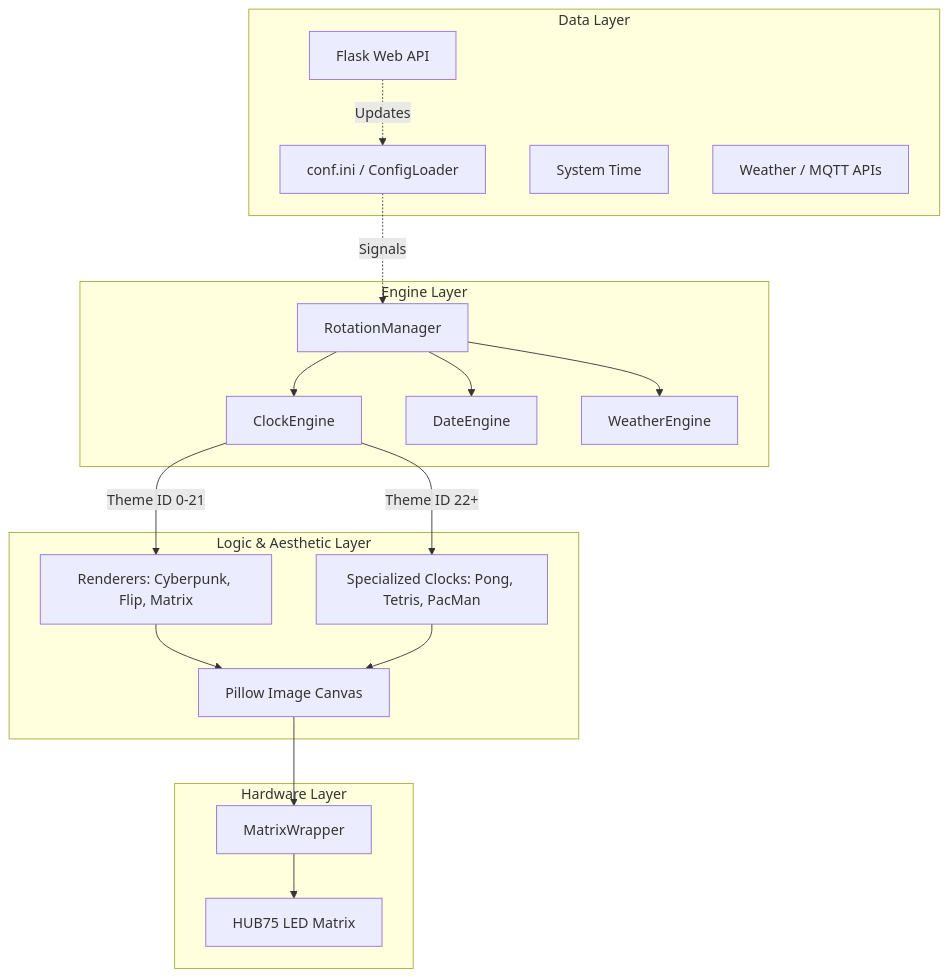
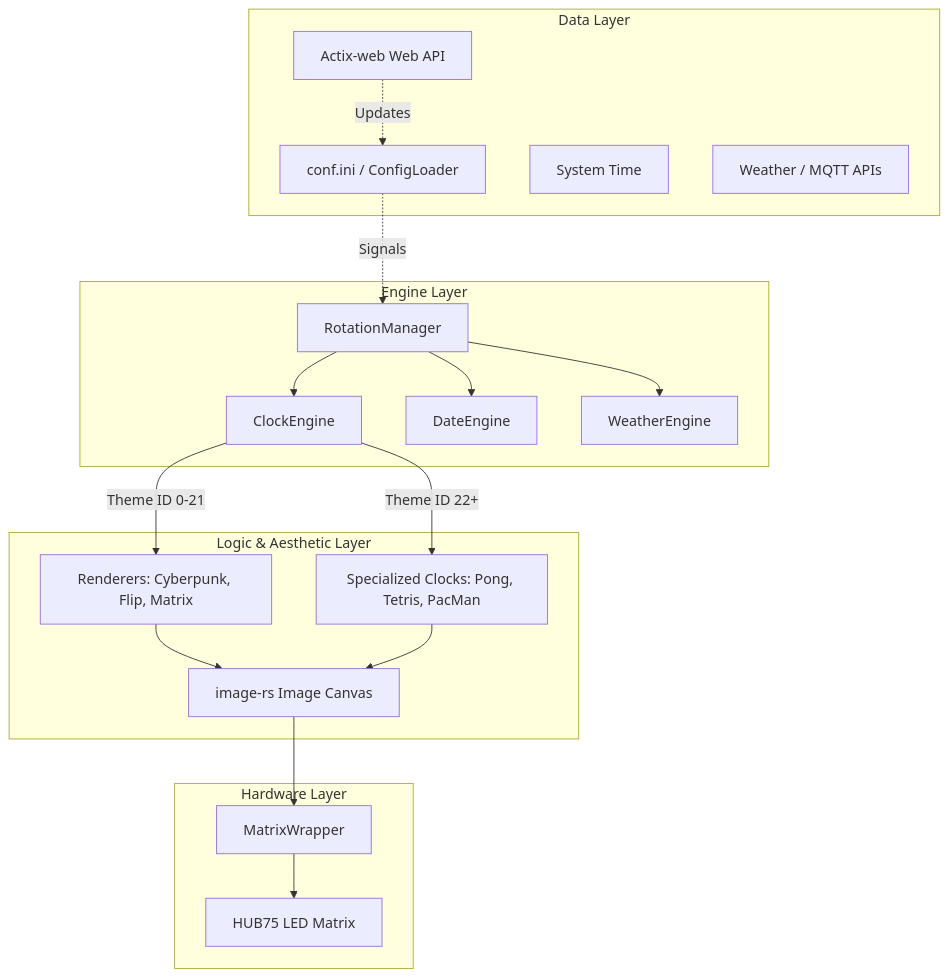
Before and after one commit to himura95/ArcadeMatrix_RPI: the first of 2 diagrams in docs/ARCHITECTURE.md, drawn with Mermaid. The commit also changed other lines of this file and 12 other files, not shown here.

First line of the commit message:
docs: Completely rewrite documentation for Rust architecture and legacy Pi support

````diff
--- a/docs/ARCHITECTURE.md
+++ b/docs/ARCHITECTURE.md
@@ -24,32 +24,32 @@
 ```mermaid
 graph TD
     subgraph Data Layer
-        API[Flask Web API]
+        API[Actix-web Web API]
         Config[conf.ini / ConfigLoader]
         Time[System Time]
         Network[Weather / MQTT APIs]
     end
 
     subgraph Engine Layer
         Rot[RotationManager]
         ClockE[ClockEngine]
         DateE[DateEngine]
         WeathE[WeatherEngine]
         Rot --> ClockE & DateE & WeathE
     end
 
     subgraph Logic & Aesthetic Layer
         ClockE -->|Theme ID 0-21| Renderers[Renderers: Cyberpunk, Flip, Matrix]
         ClockE -->|Theme ID 22+| SpClocks[Specialized Clocks: Pong, Tetris, PacMan]
-        Renderers --> Pil[Pillow Image Canvas]
+        Renderers --> Pil[image-rs Image Canvas]
         SpClocks --> Pil
     end
 
     subgraph Hardware Layer
         Pil --> Wrapper[MatrixWrapper]
         Wrapper --> Hardware[HUB75 LED Matrix]
     end
 
     API -.->|Updates| Config
     Config -.->|Signals| Rot
 ```
````
